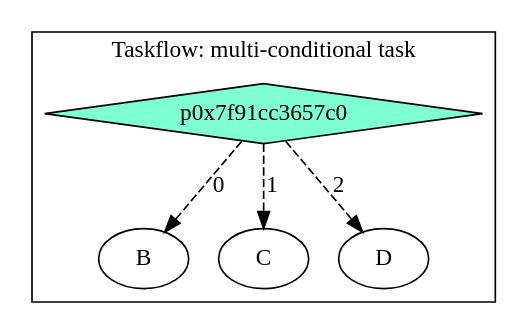
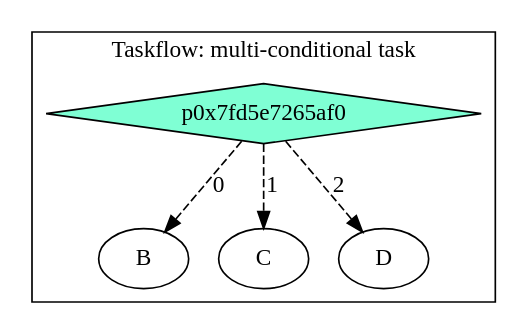
The diagram in task_graph/multi_condition.dot (xuexcy/learning_taskflow), drawn with Graphviz before and after one commit. The commit also changed 1257 other files, not shown here.

```diff
--- a/task_graph/multi_condition.dot
+++ b/task_graph/multi_condition.dot
@@ -1,12 +1,12 @@
 digraph Taskflow {
-subgraph cluster_p0x7ff7b94cf2a8 {
+subgraph cluster_p0x7ff7bcf8b228 {
 label="Taskflow: multi-conditional task";
-p0x7f91cc3657c0[label="p0x7f91cc3657c0" shape=diamond color=black fillcolor=aquamarine style=filled];
-p0x7f91cc3657c0 -> p0x7f91cc3658d0 [style=dashed label="0"];
-p0x7f91cc3657c0 -> p0x7f91cc3656b0 [style=dashed label="1"];
-p0x7f91cc3657c0 -> p0x7f91cc3659e0 [style=dashed label="2"];
-p0x7f91cc3658d0[label="B" ];
-p0x7f91cc3656b0[label="C" ];
-p0x7f91cc3659e0[label="D" ];
+p0x7fd5e7265af0[label="p0x7fd5e7265af0" shape=diamond color=black fillcolor=aquamarine style=filled];
+p0x7fd5e7265af0 -> p0x7fd5e72659e0 [style=dashed label="0"];
+p0x7fd5e7265af0 -> p0x7fd5e7265e20 [style=dashed label="1"];
+p0x7fd5e7265af0 -> p0x7fd5e7265d10 [style=dashed label="2"];
+p0x7fd5e72659e0[label="B" ];
+p0x7fd5e7265e20[label="C" ];
+p0x7fd5e7265d10[label="D" ];
 }
 }
```
